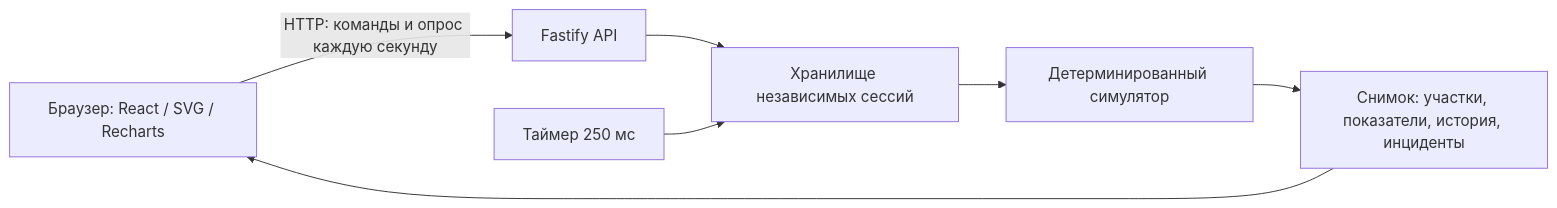
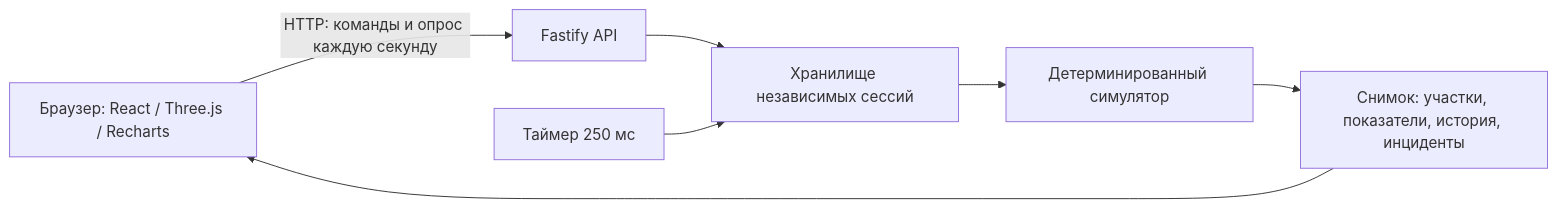
The diagram in docs/ARCHITECTURE.md (zardol/DriveIndUI), drawn with Mermaid before and after one commit. The commit also changed other lines of this file and 18 other files, not shown here.

````diff
--- a/docs/ARCHITECTURE.md
+++ b/docs/ARCHITECTURE.md
@@ -3,9 +3,9 @@
 ```mermaid
 flowchart LR
-    U[Браузер: React / SVG / Recharts] -->|HTTP: команды и опрос каждую секунду| A[Fastify API]
+    U[Браузер: React / Three.js / Recharts] -->|HTTP: команды и опрос каждую секунду| A[Fastify API]
     A --> S[Хранилище независимых сессий]
     T[Таймер 250 мс] --> S
     S --> E[Детерминированный симулятор]
     E --> D[Снимок: участки, показатели, история, инциденты]
     D --> U
 ```
````
